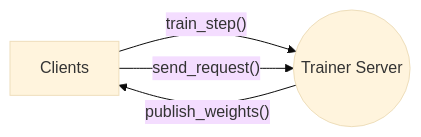
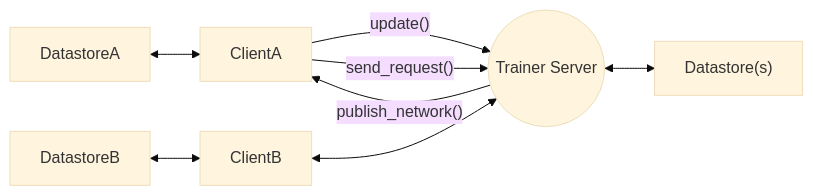
One commit to youliangtan/agentlace changed the third of 3 diagrams in README.md. Above: the diagram before and after it, drawn with Mermaid (base theme). The commit also changed other lines of this file and 9 other files, not shown here.

````diff
--- a/README.md
+++ b/README.md
@@ -60,6 +72,10 @@
 ```mermaid
 graph LR
-A[Clients] -- "train_step()" --> B((Trainer Server))
-B -- "publish_weights()" --> A
+A[ClientA] -- "update()" --> B((Trainer Server))
+B -- "publish_network()" --> A
 A -- "send_request()" --> B
+C[DatastoreA] <--> A
+B <--> E["Datastore(s)"]
+F[DatastoreB] <--> G[ClientB]
+G <--> B
 ```
````
